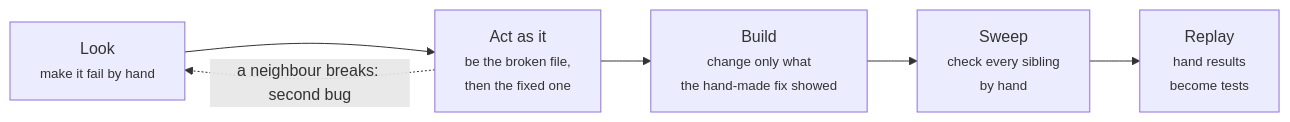
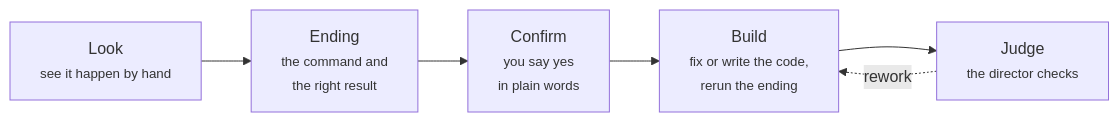
One commit to woosikkim/rehearse changed the diagram in README.md. Above: the diagram before and after it, drawn with Mermaid. The commit also changed other lines of this file and 53 other files, not shown here.

````diff
--- a/README.md
+++ b/README.md
@@ -45,8 +58,8 @@
 ```mermaid
 flowchart LR
-    A["Look<br/><small>make it fail by hand</small>"] --> B["Act as it<br/><small>be the broken file,<br/>then the fixed one</small>"]
-    B --> C["Build<br/><small>change only what<br/>the hand-made fix showed</small>"]
-    C --> D["Sweep<br/><small>check every sibling<br/>by hand</small>"]
-    D --> E["Replay<br/><small>hand results<br/>become tests</small>"]
-    B -. "a neighbour breaks: second bug" .-> A
+    A["Look<br/><small>see it happen by hand</small>"] --> B["Ending<br/><small>the command and<br/>the right result</small>"]
+    B --> C["Confirm<br/><small>you say yes<br/>in plain words</small>"]
+    C --> D["Build<br/><small>fix or write the code,<br/>rerun the ending</small>"]
+    D --> E["Judge<br/><small>the director checks</small>"]
+    E -. "rework" .-> D
 ```
````
